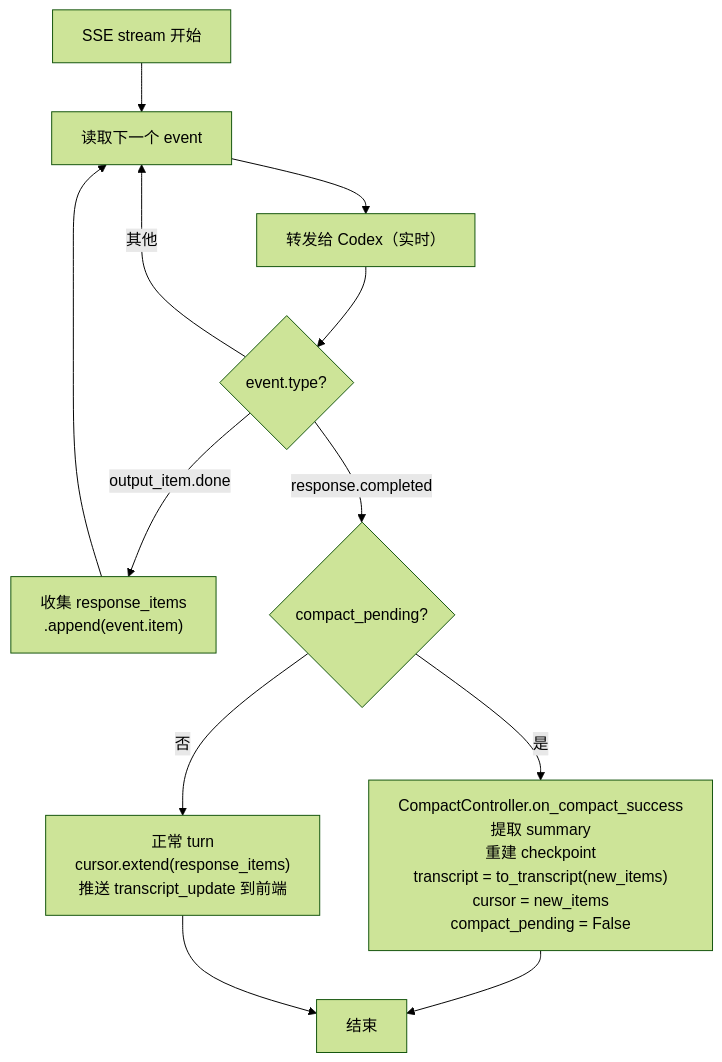
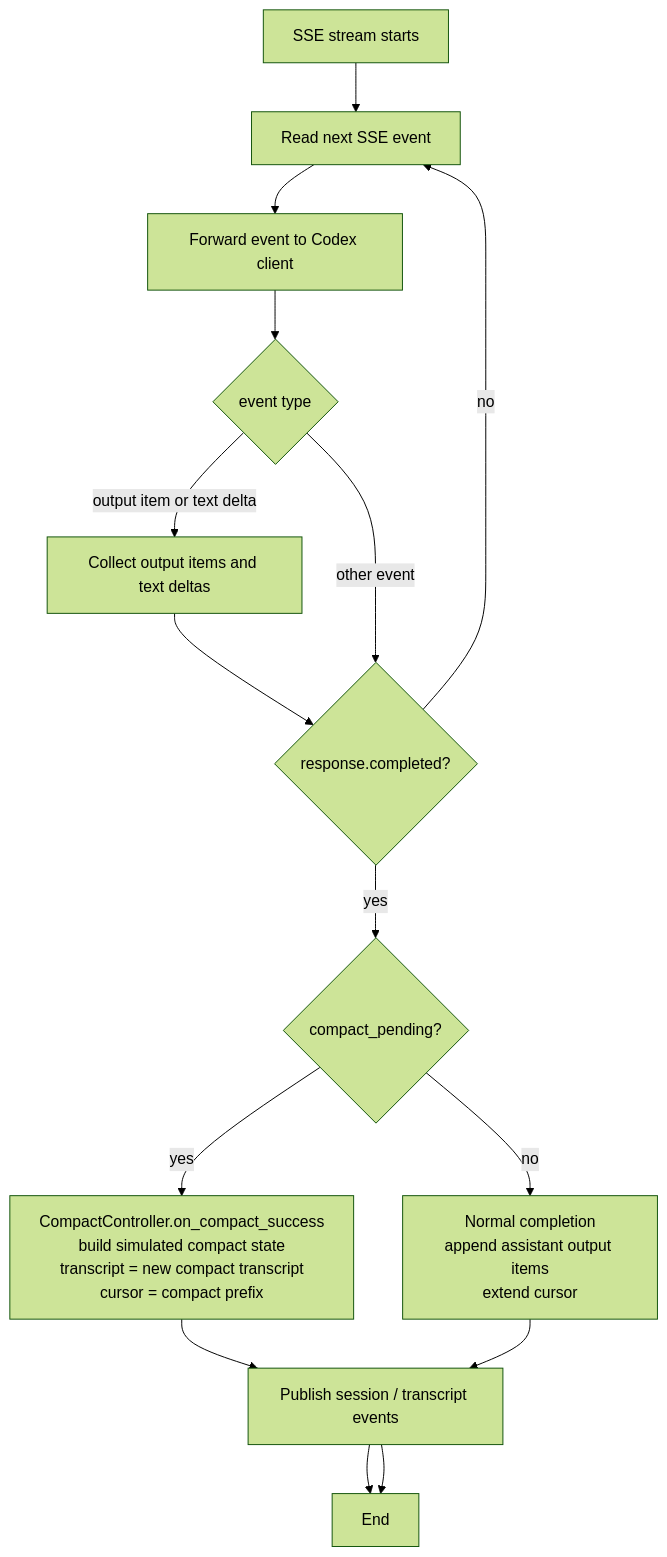
Before and after one commit to HaShiShark/codex-context-studio: the third of 7 diagrams in docs/architecture.md, drawn with Mermaid (forest theme). The commit also changed other lines of this file and 48 other files, not shown here.

````diff
--- a/docs/architecture.md
+++ b/docs/architecture.md
@@ -67,19 +69,22 @@
 ```mermaid
 flowchart TD
-    S["SSE stream 开始"]
-    LOOP["读取下一个 event"]
-    FWD["转发给 Codex（实时）"]
-    T{"event.type?"}
-    COL["收集 response_items\n.append(event.item)"]
-    DONE{"compact_pending?"}
-    CS["CompactController.on_compact_success\n提取 summary\n重建 checkpoint\ntranscript = to_transcript(new_items)\ncursor = new_items\ncompact_pending = False"]
-    CA["正常 turn\ncursor.extend(response_items)\n推送 transcript_update 到前端"]
-    END["结束"]
+    S["SSE stream starts"]
+    LOOP["Read next SSE event"]
+    FWD["Forward event to Codex client"]
+    T{"event type"}
+    COL["Collect output items and text deltas"]
+    DONE{"response.completed?"}
+    C{"compact_pending?"}
+    CS["CompactController.on_compact_success\nbuild simulated compact state\ntranscript = new compact transcript\ncursor = compact prefix"]
+    CA["Normal completion\nappend assistant output items\nextend cursor"]
+    PUSH["Publish session / transcript events"]
+    END["End"]
 
     S --> LOOP --> FWD --> T
-    T -- "output_item.done" --> COL --> LOOP
-    T -- "其他" --> LOOP
-    T -- "response.completed" --> DONE
-    DONE -- 是 --> CS --> END
-    DONE -- 否 --> CA --> END
+    T -- "output item or text delta" --> COL --> DONE
+    T -- "other event" --> DONE
+    DONE -- "no" --> LOOP
+    DONE -- "yes" --> C
+    C -- "yes" --> CS --> PUSH --> END
+    C -- "no" --> CA --> PUSH --> END
 ```
````
